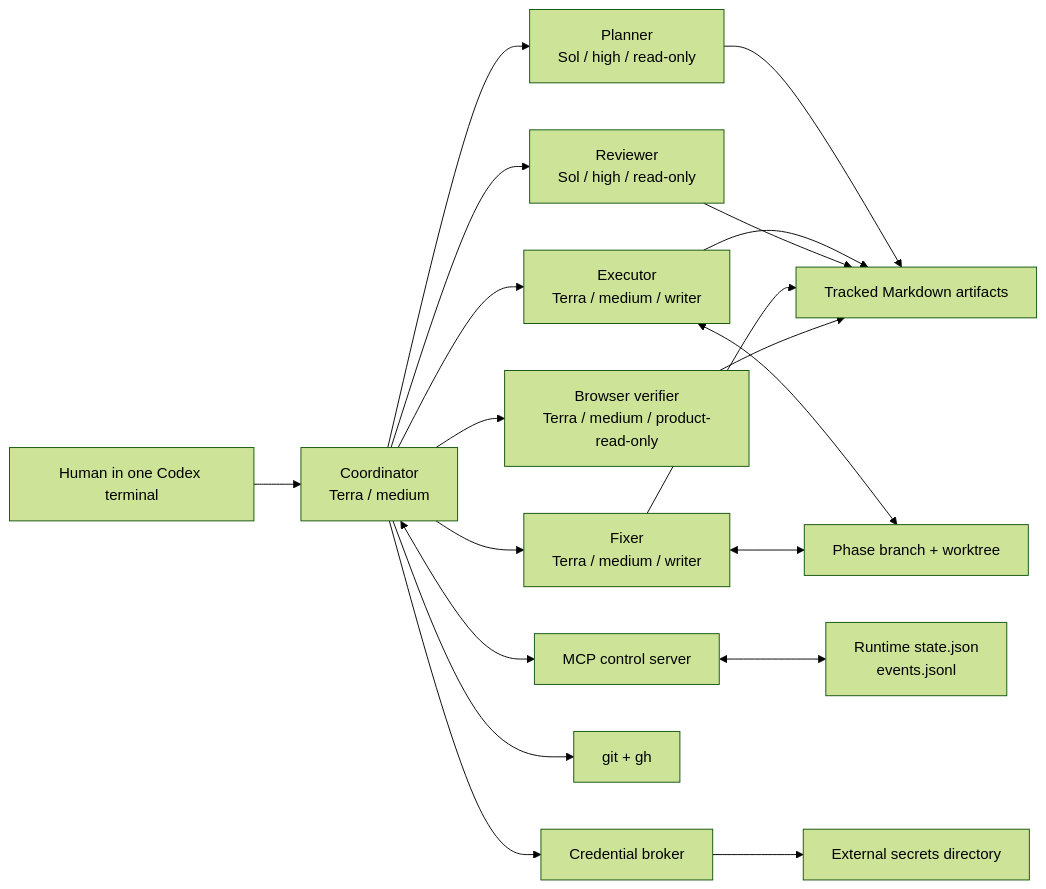
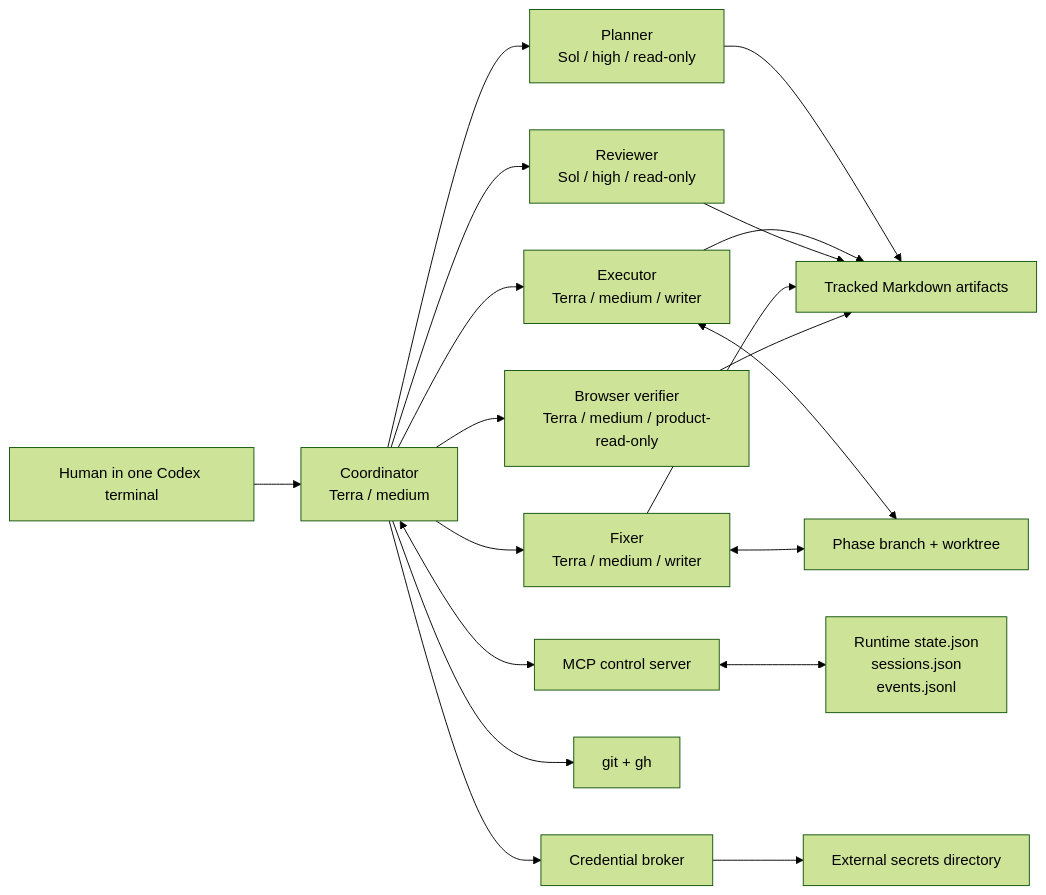
One commit to wantanwonderland/codex-dev-orchestrator changed the first of 3 diagrams in README.md. Above: the diagram before and after it, drawn with Mermaid (forest theme). The commit also changed other lines of this file and 33 other files, not shown here.

````diff
--- a/README.md
+++ b/README.md
@@ -25,21 +25,21 @@
 ```mermaid
 flowchart LR
     H[Human in one Codex terminal] --> C[Coordinator<br/>Terra / medium]
     C --> P[Planner<br/>Sol / high / read-only]
     C --> E[Executor<br/>Terra / medium / writer]
     C --> R[Reviewer<br/>Sol / high / read-only]
     C --> F[Fixer<br/>Terra / medium / writer]
     C --> B[Browser verifier<br/>Terra / medium / product-read-only]
     C <--> M[MCP control server]
-    M <--> S[Runtime state.json<br/>events.jsonl]
+    M <--> S[Runtime state.json<br/>sessions.json<br/>events.jsonl]
     P --> A[Tracked Markdown artifacts]
     E --> A
     R --> A
     F --> A
     B --> A
     E <--> G[Phase branch + worktree]
     F <--> G
     C --> GH[git + gh]
     C --> CB[Credential broker]
     CB --> SEC[External secrets directory]
 ```
````
